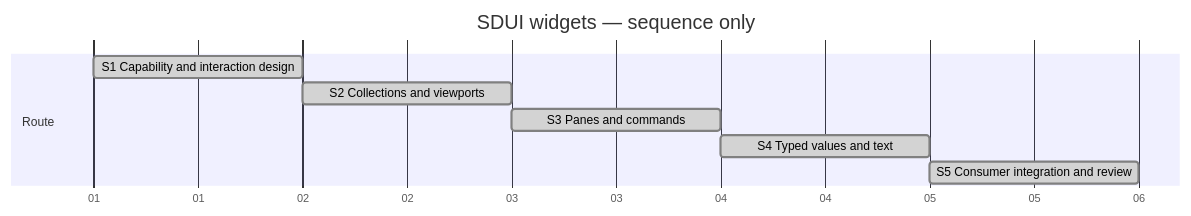
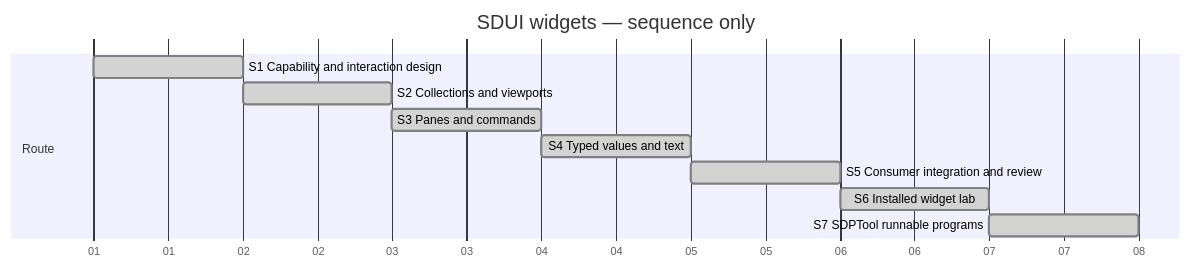
Before and after one commit to Hans-Einar/SDP: the diagram in SDP/Sessions/session-#0010--SDUI_widgets.md, drawn with Mermaid. The commit also changed other lines of this file and 18 other files, not shown here.

````diff
--- a/SDP/Sessions/session-#0010--SDUI_widgets.md
+++ b/SDP/Sessions/session-#0010--SDUI_widgets.md
@@ -9,12 +10,14 @@
 ```mermaid
 gantt
     title SDUI widgets — sequence only
     dateFormat YYYY-MM-DD
     axisFormat %d
     section Route
     S1 Capability and interaction design :done, s1, 2000-01-01, 1d
     S2 Collections and viewports :done, s2, after s1, 1d
     S3 Panes and commands :done, s3, after s2, 1d
     S4 Typed values and text :done, s4, after s3, 1d
     S5 Consumer integration and review :done, s5, after s4, 1d
+    S6 Installed widget lab :done, s6, after s5, 1d
+    S7 SDPTool runnable programs :done, s7, after s6, 1d
 ```
````
